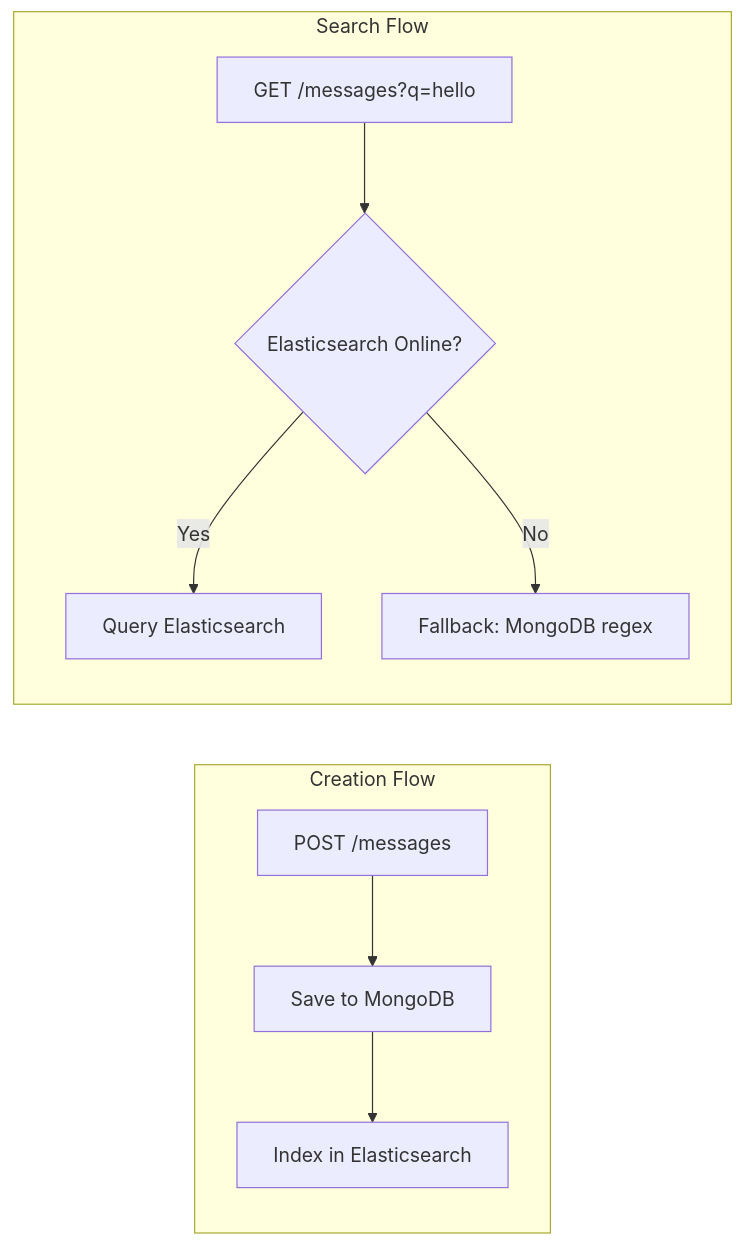
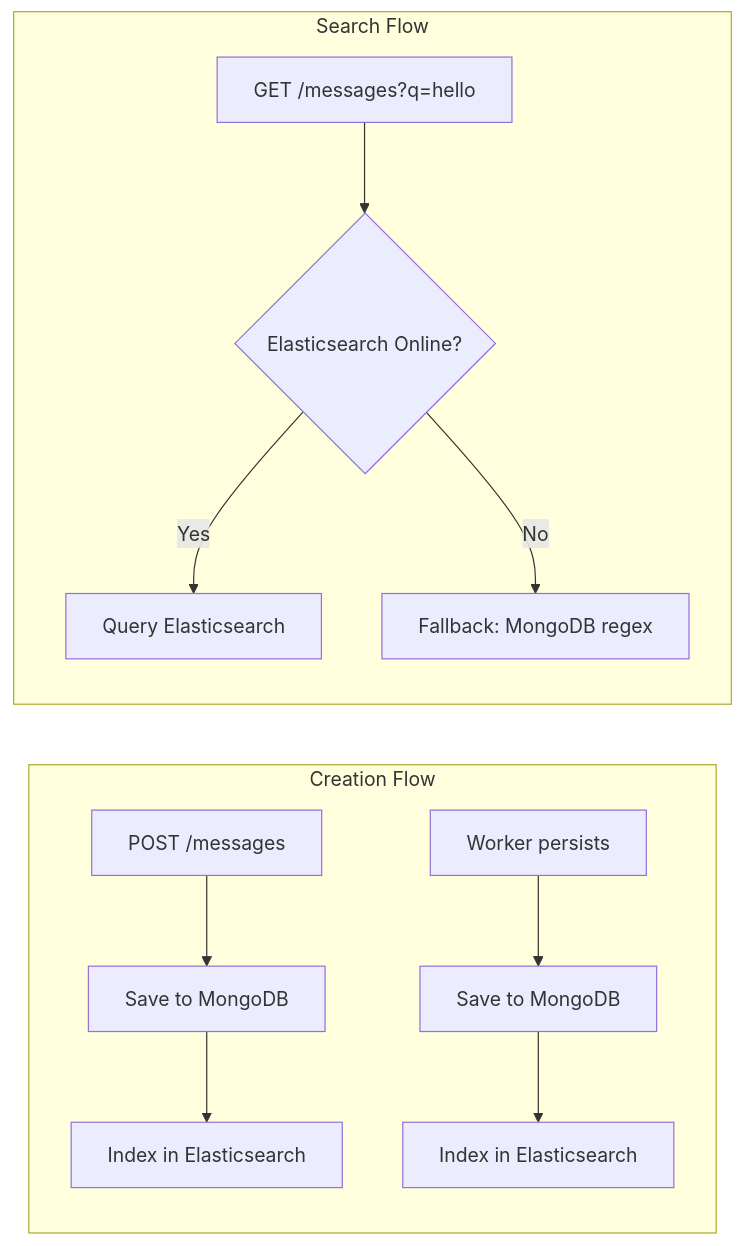
The sixth of 8 diagrams in docs/ARCHITECTURE.md (theritikkk/WebChat), drawn with Mermaid before and after one commit. The commit also changed other lines of this file and 25 other files, not shown here.

````diff
--- a/docs/ARCHITECTURE.md
+++ b/docs/ARCHITECTURE.md
@@ -122,13 +205,15 @@
 ```mermaid
 graph LR
   subgraph Creation Flow
-    MsgPost[POST /messages] --> MongoSave[Save to MongoDB]
-    MongoSave --> ESIndex[Index in Elasticsearch]
+  MsgPost[POST /messages] --> MongoSave[Save to MongoDB]
+  MongoSave --> ESIndex[Index in Elasticsearch]
+  QueuePersist[Worker persists] --> MongoSave2[Save to MongoDB]
+  MongoSave2 --> ESIndex2[Index in Elasticsearch]
   end
 
   subgraph Search Flow
-    SearchReq[GET /messages?q=hello] --> IsESReady{Elasticsearch Online?}
-    IsESReady -->|Yes| ESSearch[Query Elasticsearch]
-    IsESReady -->|No| MongoRegex[Fallback: MongoDB regex]
+  SearchReq[GET /messages?q=hello] --> IsESReady{Elasticsearch Online?}
+  IsESReady -->|Yes| ESSearch[Query Elasticsearch]
+  IsESReady -->|No| MongoRegex[Fallback: MongoDB regex]
   end
 ```
````
